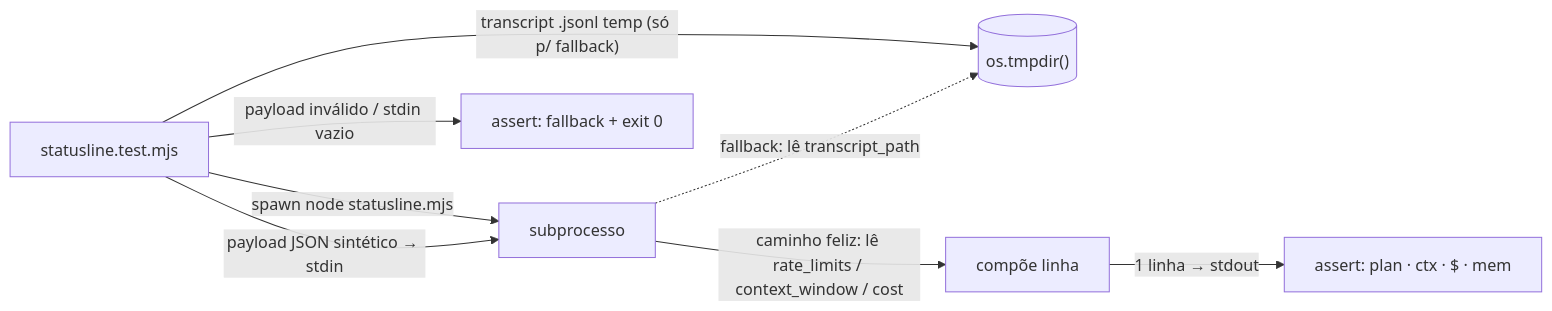
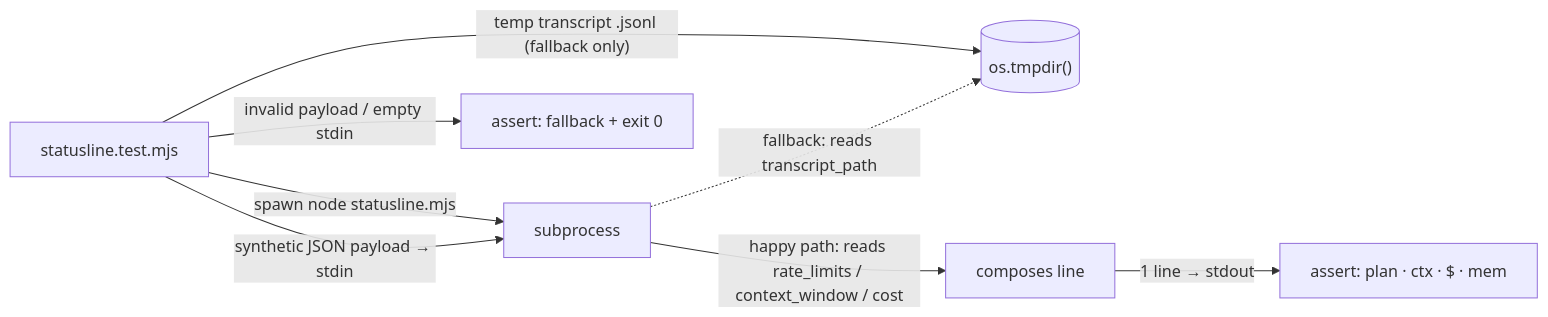
Before and after one commit to MatheusChiodi/AgentTeam-Memory: the fourth of 4 diagrams in docs/ARCHITECTURE-PHASE-2.md, drawn with Mermaid. The commit also changed other lines of this file and 49 other files, not shown here.

````diff
--- a/docs/ARCHITECTURE-PHASE-2.md
+++ b/docs/ARCHITECTURE-PHASE-2.md
@@ -439,10 +438,10 @@
 ```mermaid
 flowchart LR
-  TEST["statusline.test.mjs"] -->|"spawn node statusline.mjs"| SP["subprocesso"]
-  TEST -->|"payload JSON sintético → stdin"| SP
-  TEST -->|"transcript .jsonl temp (só p/ fallback)"| TMP[("os.tmpdir()")]
-  SP -->|"caminho feliz: lê rate_limits / context_window / cost"| OK["compõe linha"]
-  SP -. "fallback: lê transcript_path" .-> TMP
-  OK -->|"1 linha → stdout"| ASSERT["assert: plan · ctx · $ · mem"]
-  TEST -->|"payload inválido / stdin vazio"| FB["assert: fallback + exit 0"]
+  TEST["statusline.test.mjs"] -->|"spawn node statusline.mjs"| SP["subprocess"]
+  TEST -->|"synthetic JSON payload → stdin"| SP
+  TEST -->|"temp transcript .jsonl (fallback only)"| TMP[("os.tmpdir()")]
+  SP -->|"happy path: reads rate_limits / context_window / cost"| OK["composes line"]
+  SP -. "fallback: reads transcript_path" .-> TMP
+  OK -->|"1 line → stdout"| ASSERT["assert: plan · ctx · $ · mem"]
+  TEST -->|"invalid payload / empty stdin"| FB["assert: fallback + exit 0"]
 ```
````
